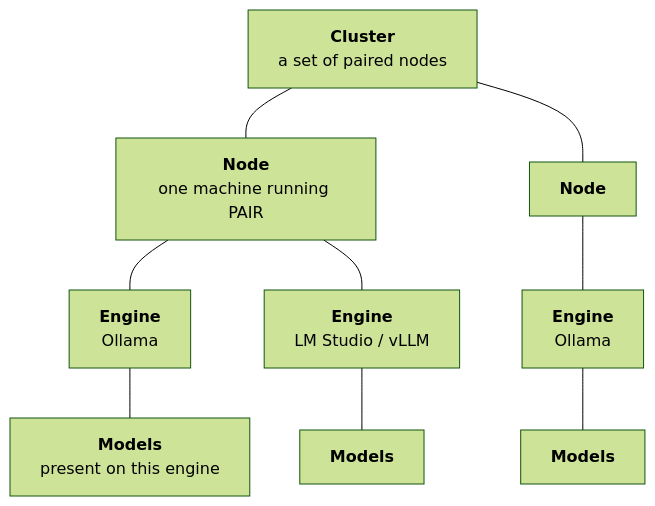
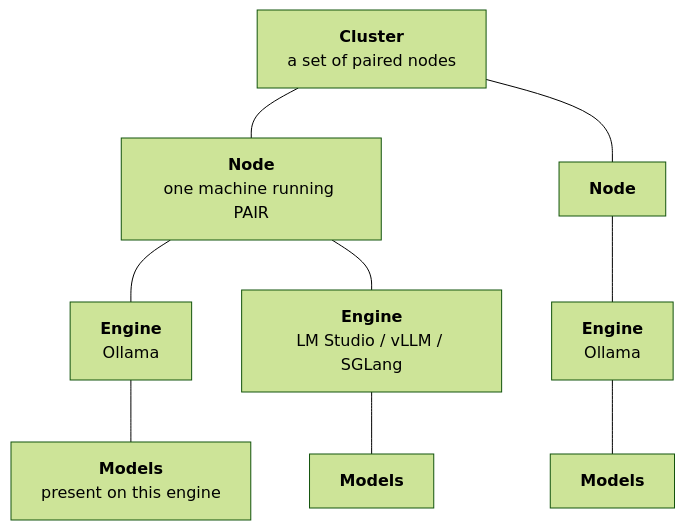
Before and after one commit to cguldogan/Personal-AI-Router: the first of 5 diagrams in docs/architecture.mdx, drawn with Mermaid (forest theme). The commit also changed other lines of this file and 3 other files, not shown here.

````diff
--- a/docs/architecture.mdx
+++ b/docs/architecture.mdx
@@ -16,21 +16,21 @@
 ```mermaid
 flowchart TB
     Cluster["<b>Cluster</b><br/>a set of paired nodes"]
     NodeA["<b>Node</b><br/>one machine running PAIR"]
     NodeB["<b>Node</b>"]
     EngineA1["<b>Engine</b><br/>Ollama"]
-    EngineA2["<b>Engine</b><br/>LM Studio / vLLM"]
+    EngineA2["<b>Engine</b><br/>LM Studio / vLLM / SGLang"]
     EngineB1["<b>Engine</b><br/>Ollama"]
     ModelA1["<b>Models</b><br/>present on this engine"]
     ModelA2["<b>Models</b>"]
     ModelB1["<b>Models</b>"]
 
     Cluster --- NodeA
     Cluster --- NodeB
     NodeA --- EngineA1
     NodeA --- EngineA2
     NodeB --- EngineB1
     EngineA1 --- ModelA1
     EngineA2 --- ModelA2
     EngineB1 --- ModelB1
 ```
````
